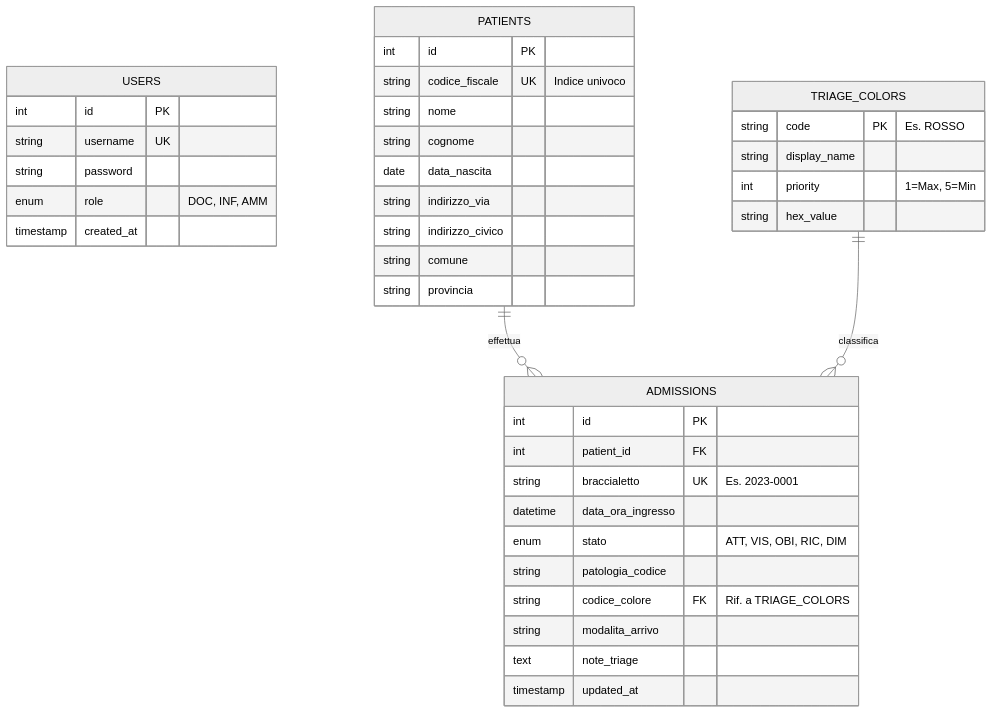
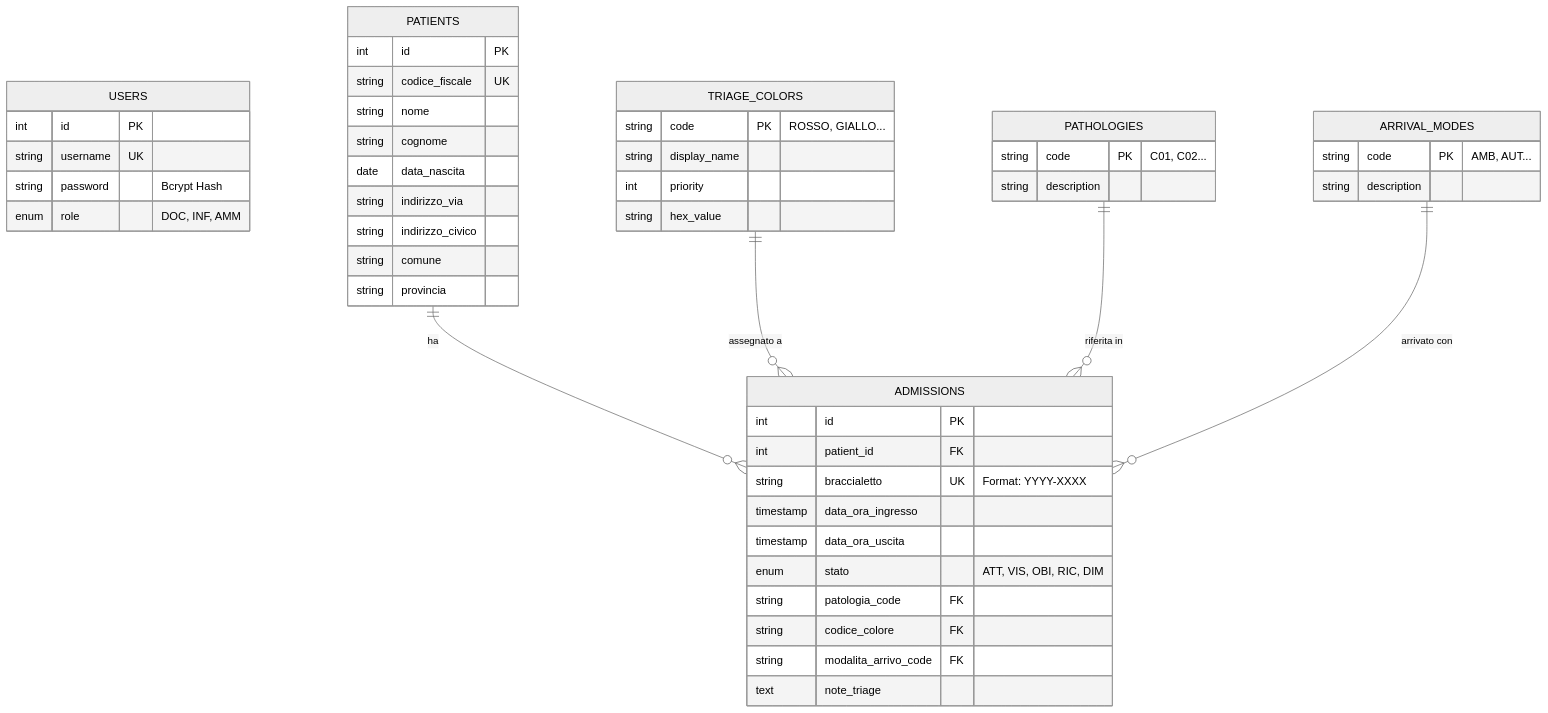
One commit to pietro2356/his-afp changed the diagram in docs/DATABASE.md. Above: the diagram before and after it, drawn with Mermaid (neutral theme). The commit also changed other lines of this file, not shown here.

First line of the commit message:
feat: update database schema documentation 📚

````diff
--- a/docs/DATABASE.md
+++ b/docs/DATABASE.md
@@ -4,55 +11,58 @@
 ```mermaid
 erDiagram
-%% ENTITÀ PRINCIPALI %%
-
+    %% ENITITIES
     USERS {
         int id PK
         string username UK
-        string password
+        string password "Bcrypt Hash"
         enum role "DOC, INF, AMM"
-        timestamp created_at
     }
 
     PATIENTS {
         int id PK
-        string codice_fiscale UK "Indice univoco"
+        string codice_fiscale UK
         string nome
         string cognome
         date data_nascita
         string indirizzo_via
         string indirizzo_civico
         string comune
         string provincia
     }
 
+    ADMISSIONS {
+        int id PK
+        int patient_id FK
+        string braccialetto UK "Format: YYYY-XXXX"
+        timestamp data_ora_ingresso
+        timestamp data_ora_uscita
+        enum stato "ATT, VIS, OBI, RIC, DIM"
+        string patologia_code FK
+        string codice_colore FK
+        string modalita_arrivo_code FK
+        text note_triage
+    }
+
     TRIAGE_COLORS {
-        string code PK "Es. ROSSO"
+        string code PK "ROSSO, GIALLO..."
         string display_name
-        int priority "1=Max, 5=Min"
+        int priority
         string hex_value
     }
 
-    ADMISSIONS {
-        int id PK
-        int patient_id FK
-        string braccialetto UK "Es. 2023-0001"
-        datetime data_ora_ingresso
-        enum stato "ATT, VIS, OBI, RIC, DIM"
-        string patologia_codice
-        string codice_colore FK "Rif. a TRIAGE_COLORS"
-        string modalita_arrivo
-        text note_triage
-        timestamp updated_at
+    PATHOLOGIES {
+        string code PK "C01, C02..."
+        string description
     }
 
-%% RELAZIONI %%
+    ARRIVAL_MODES {
+        string code PK "AMB, AUT..."
+        string description
+    }
 
-%% Un Paziente può avere N accessi al pronto soccorso nel tempo (storico)
-    PATIENTS ||--o{ ADMISSIONS : "effettua"
-
-%% Un Colore può essere assegnato a N accessi diversi
-    TRIAGE_COLORS ||--o{ ADMISSIONS : "classifica"
-
-%% NOTA: Gli utenti gestiscono il sistema ma in questa versione semplificata 
-%% non c'è una Foreign Key diretta su chi ha creato l'ammissione (Audit log logico).
+    %% RELATIONSHIPS
+    PATIENTS ||--o{ ADMISSIONS : "ha"
+    TRIAGE_COLORS ||--o{ ADMISSIONS : "assegnato a"
+    PATHOLOGIES ||--o{ ADMISSIONS : "riferita in"
+    ARRIVAL_MODES ||--o{ ADMISSIONS : "arrivato con"
 ```
````
